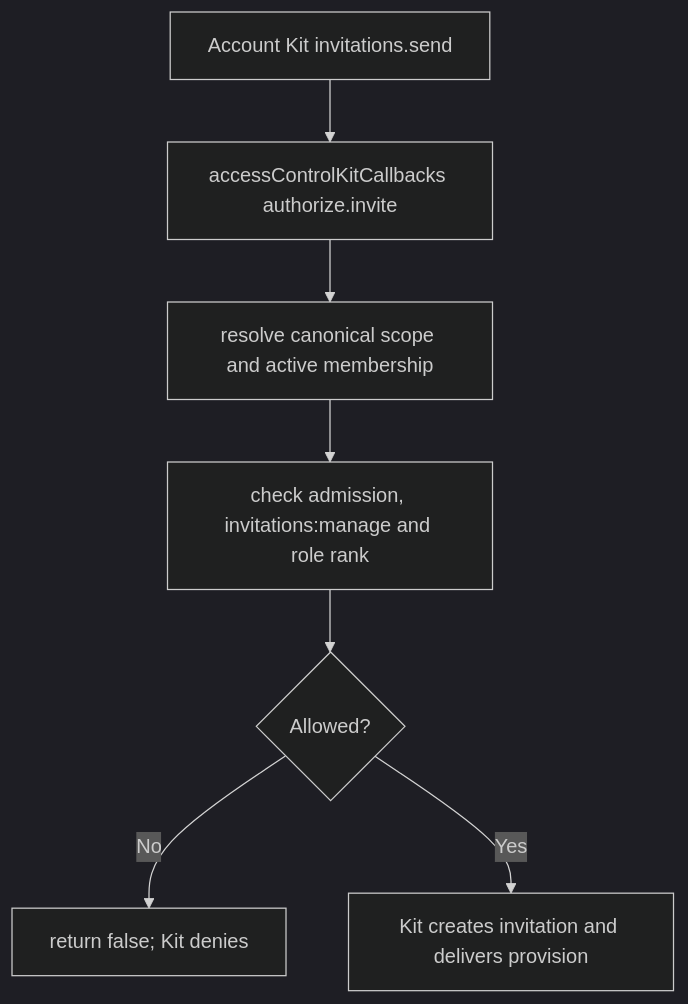
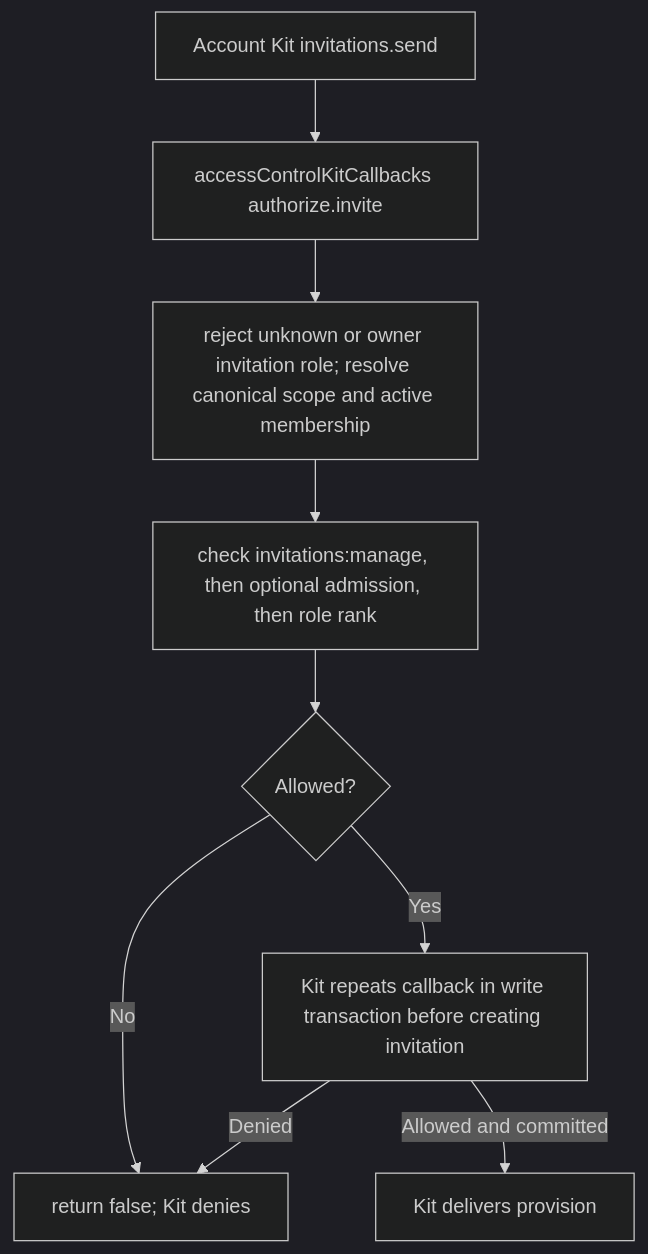
Before and after one commit to Kevinjohn/oss-adonisjs-access-control: the second of 2 diagrams in user-stories/US-ACCESS-09-invite-member.md, drawn with Mermaid (dark theme). The commit also changed other lines of this file and 31 other files, not shown here.

````diff
--- a/user-stories/US-ACCESS-09-invite-member.md
+++ b/user-stories/US-ACCESS-09-invite-member.md
@@ -31,9 +32,11 @@
 ```mermaid
 flowchart TD
     A["Account Kit invitations.send"] --> B["accessControlKitCallbacks authorize.invite"]
-    B --> C["resolve canonical scope and active membership"]
-    C --> D["check admission, invitations:manage and role rank"]
+    B --> C["reject unknown or owner invitation role; resolve canonical scope and active membership"]
+    C --> D["check invitations:manage, then optional admission, then role rank"]
     D --> E{"Allowed?"}
     E -->|No| F["return false; Kit denies"]
-    E -->|Yes| G["Kit creates invitation and delivers provision"]
+    E -->|Yes| G["Kit repeats callback in write transaction before creating invitation"]
+    G -->|Denied| F
+    G -->|Allowed and committed| H["Kit delivers provision"]
 ```
````
